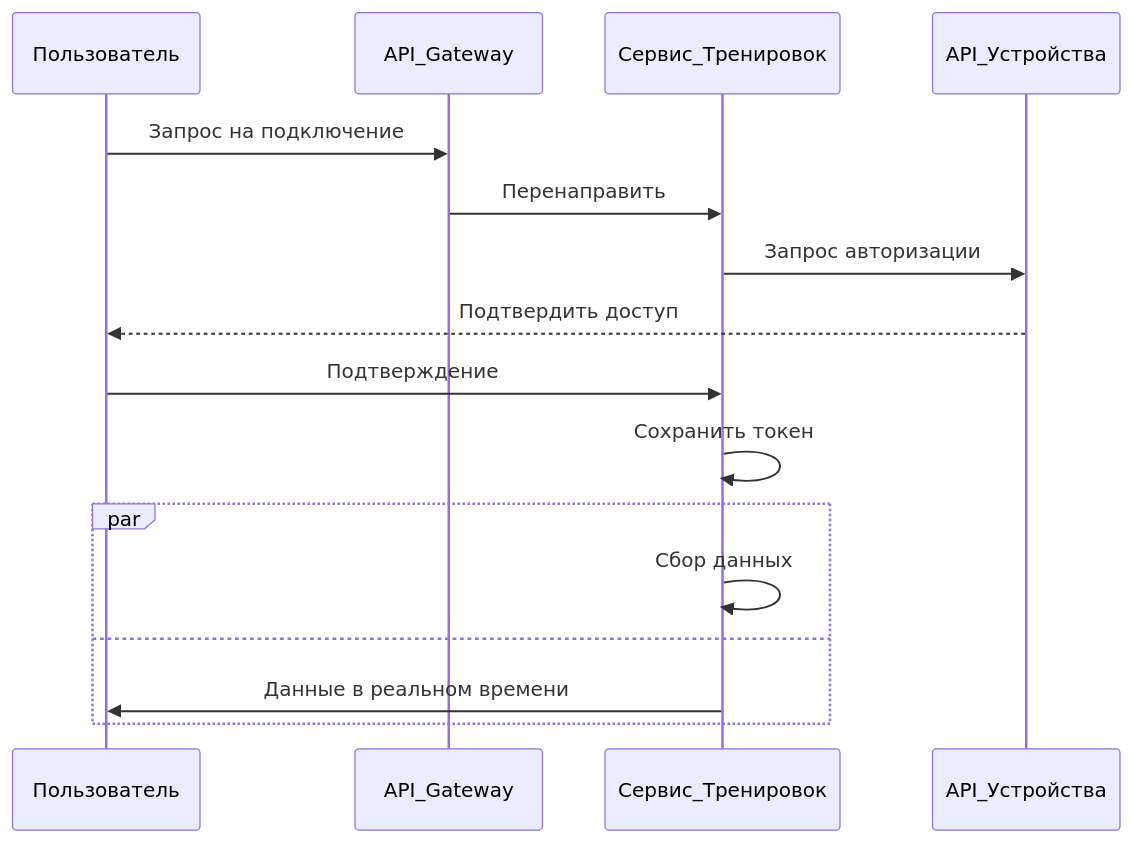
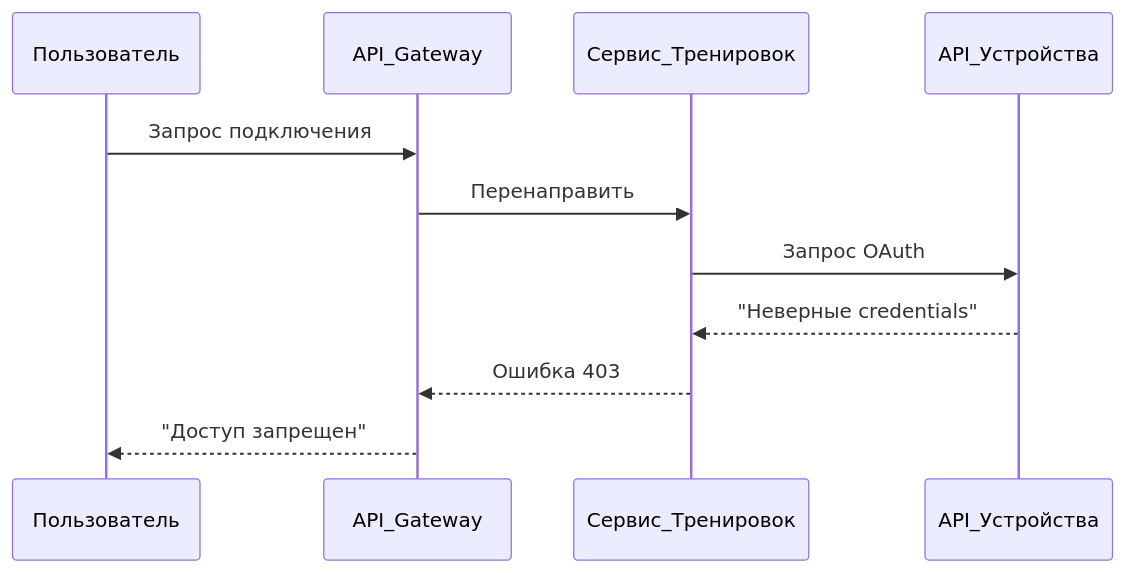
The fifth of 8 diagrams in architecture/critical-business-processes.md (andreyantropov/architect-coursework), drawn with Mermaid before and after one commit. The commit also changed other lines of this file, not shown here.

Commit message:
fix: Поправлены некоторые схемы в критических бизнес-процессах.

````diff
--- a/architecture/critical-business-processes.md
+++ b/architecture/critical-business-processes.md
@@ -57,19 +61,14 @@
 ```mermaid
 sequenceDiagram
     participant Пользователь
     participant API_Gateway
     participant Сервис_Тренировок
     participant API_Устройства
     
-    Пользователь->>API_Gateway: Запрос на подключение
+    Пользователь->>API_Gateway: Запрос подключения
     API_Gateway->>Сервис_Тренировок: Перенаправить
-    Сервис_Тренировок->>API_Устройства: Запрос авторизации
-    API_Устройства-->>Пользователь: Подтвердить доступ
-    Пользователь->>Сервис_Тренировок: Подтверждение
-    Сервис_Тренировок->>Сервис_Тренировок: Сохранить токен
-    par
-        Сервис_Тренировок->>Сервис_Тренировок: Сбор данных
-    and
-        Сервис_Тренировок->>Пользователь: Данные в реальном времени
-    end
+    Сервис_Тренировок->>API_Устройства: Запрос OAuth
+    API_Устройства-->>Сервис_Тренировок: "Неверные credentials"
+    Сервис_Тренировок-->>API_Gateway: Ошибка 403
+    API_Gateway-->>Пользователь: "Доступ запрещен"
 ```
````
